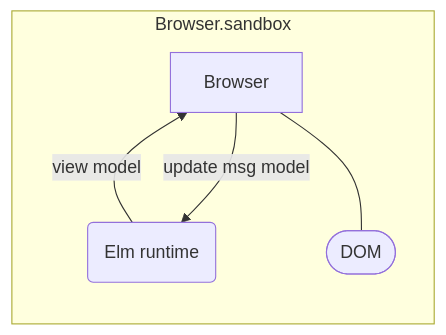
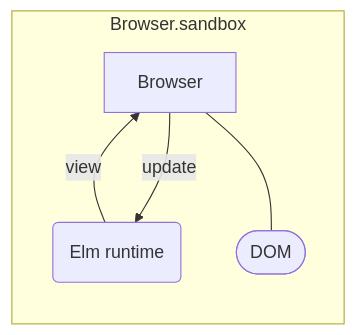
One commit to enolive/intro-to-elm-architecture changed the first of 2 diagrams in slides/slides.md. Above: the diagram before and after it, drawn with Mermaid. The commit also changed other lines of this file and 2 other files, not shown here.

````diff
--- a/slides/slides.md
+++ b/slides/slides.md
@@ -150,9 +159,9 @@
 ```mermaid
 flowchart TD
   subgraph Browser.sandbox
     direction BT
-    elm(Elm runtime) -->|view model| Browser
+    elm(Elm runtime) -->|view| Browser
     d([DOM]) --- Browser
-    Browser -->|update msg model| elm
+    Browser -->|update| elm
   end
 ```
````
